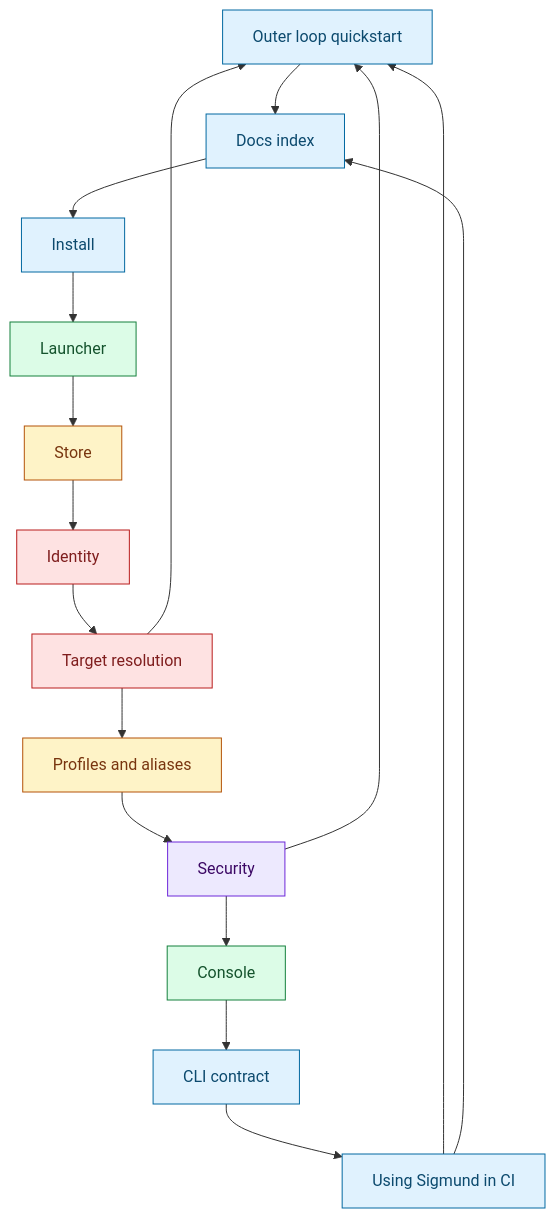
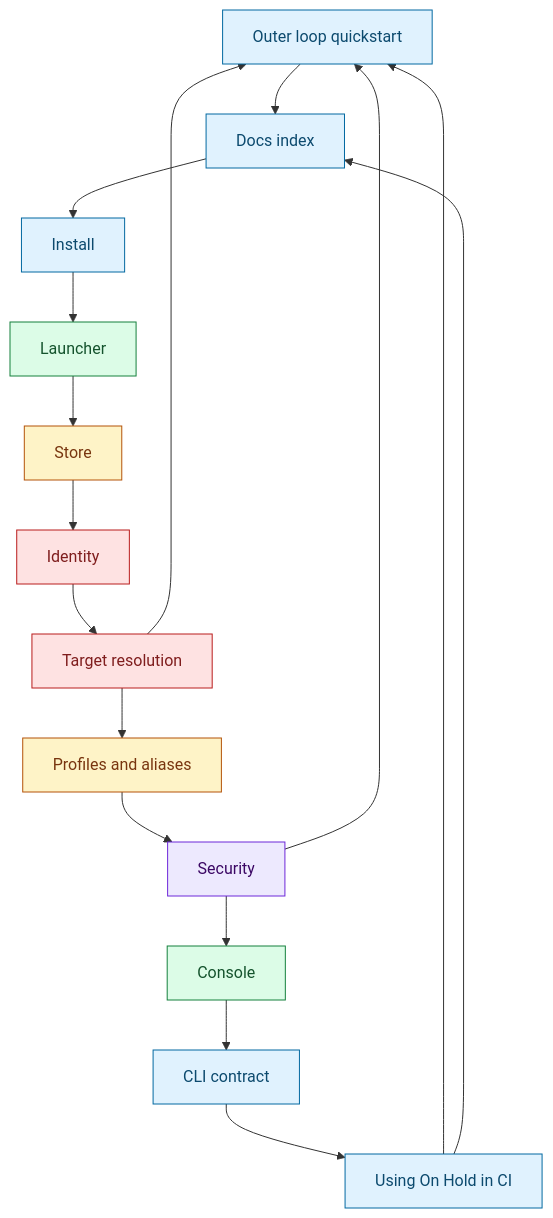
The third of 3 diagrams in docs/index.md (RchGrav/HoldOn), drawn with Mermaid before and after one commit. The commit also changed other lines of this file and 91 other files, not shown here.

````diff
--- a/docs/index.md
+++ b/docs/index.md
@@ -106,29 +106,29 @@
 ```mermaid
 flowchart TD
     Quick["Outer loop quickstart"] --> Index["Docs index"]
     Index --> Install["Install"]
     Install --> Launcher["Launcher"]
     Launcher --> Store["Store"]
     Store --> Identity["Identity"]
     Identity --> Target["Target resolution"]
     Target --> Profiles["Profiles and aliases"]
     Profiles --> Security["Security"]
     Security --> Console["Console"]
     Console --> CLI["CLI contract"]
-    CLI --> CI["Using Sigmund in CI"]
+    CLI --> CI["Using On Hold in CI"]
     CI --> Quick
     CI --> Index
     Target --> Quick
     Security --> Quick
 
     classDef user fill:#e0f2fe,stroke:#0369a1,color:#0c4a6e
     classDef launch fill:#dcfce7,stroke:#15803d,color:#14532d
     classDef state fill:#fef3c7,stroke:#b45309,color:#78350f
     classDef safety fill:#fee2e2,stroke:#b91c1c,color:#7f1d1d
     classDef privilege fill:#ede9fe,stroke:#6d28d9,color:#3b0764
     class Quick,Index,Install,CLI,CI user
     class Launcher,Console launch
     class Store,Profiles state
     class Identity,Target safety
     class Security privilege
 ```
````
